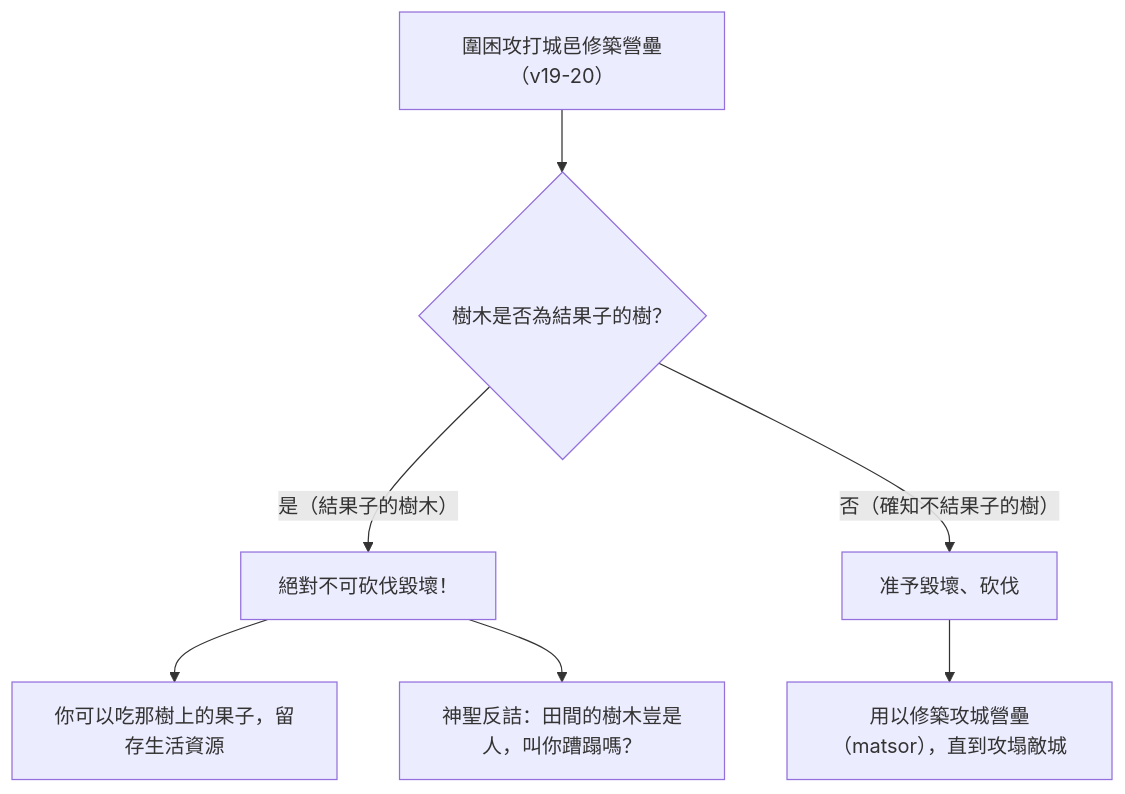
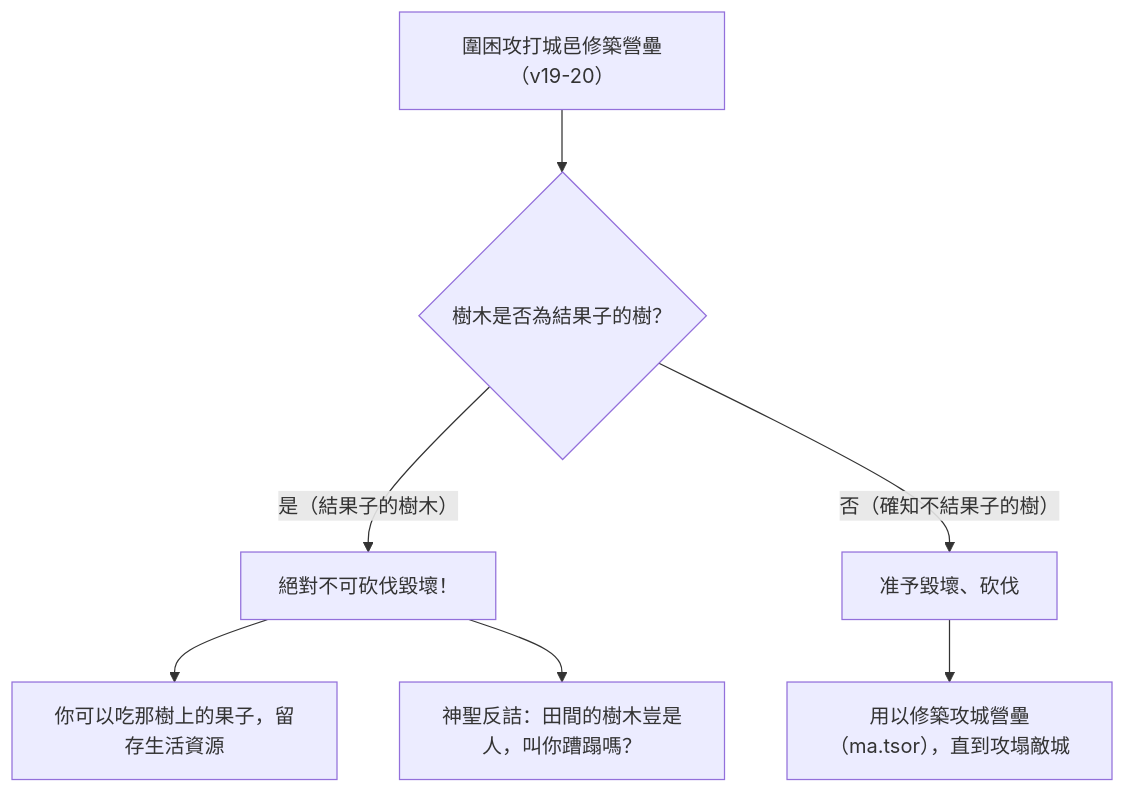
Before and after one commit to andyjr5566/Bible_wiki_zh_website: the diagram in content/link_folder/主題/圍城不可砍伐果樹的條例.md, drawn with Mermaid. The commit also changed other lines of this file and 1885 other files, not shown here.

````diff
--- a/content/link_folder/主題/圍城不可砍伐果樹的條例.md
+++ b/content/link_folder/主題/圍城不可砍伐果樹的條例.md
@@ -25,9 +25,9 @@
 ```mermaid
 flowchart TD
     A["圍困攻打城邑修築營壘（v19-20）"] --> B{"樹木是否為結果子的樹？"}
     B -->|"是（結果子的樹木）"| C["絕對不可砍伐毀壞！"]
     C --> D["你可以吃那樹上的果子，留存生活資源"]
     C --> E["神聖反詰：田間的樹木豈是人，叫你蹧蹋嗎？"]
     B -->|"否（確知不結果子的樹）"| F["准予毀壞、砍伐"]
-    F --> G["用以修築攻城營壘（matsor），直到攻塌敵城"]
+    F --> G["用以修築攻城營壘（ma.tsor），直到攻塌敵城"]
 ```
````
